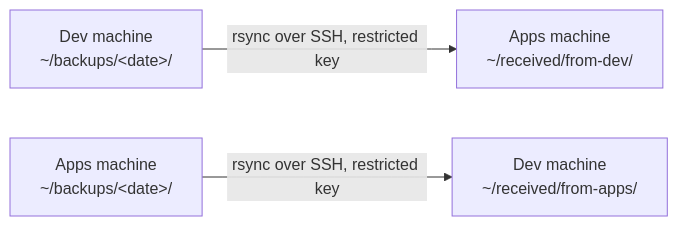
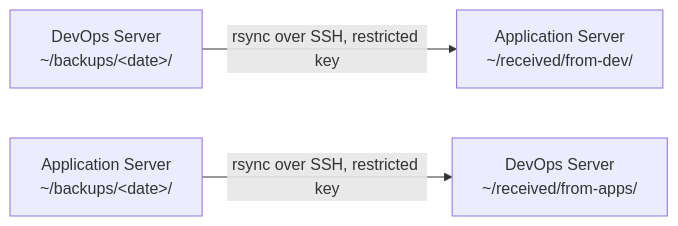
The second of 2 diagrams in docs/hosts.md (artur-rios/yggdrasil), drawn with Mermaid before and after one commit. The commit also changed other lines of this file and 18 other files, not shown here.

````diff
--- a/docs/hosts.md
+++ b/docs/hosts.md
@@ -718,5 +732,5 @@
 ```mermaid
 flowchart LR
-    devout["Dev machine<br/>~/backups/&lt;date&gt;/"] -- "rsync over SSH, restricted key" --> appsin["Apps machine<br/>~/received/from-dev/"]
-    appsout["Apps machine<br/>~/backups/&lt;date&gt;/"] -- "rsync over SSH, restricted key" --> devin["Dev machine<br/>~/received/from-apps/"]
+    devout["DevOps Server<br/>~/backups/&lt;date&gt;/"] -- "rsync over SSH, restricted key" --> appsin["Application Server<br/>~/received/from-dev/"]
+    appsout["Application Server<br/>~/backups/&lt;date&gt;/"] -- "rsync over SSH, restricted key" --> devin["DevOps Server<br/>~/received/from-apps/"]
 ```
````
